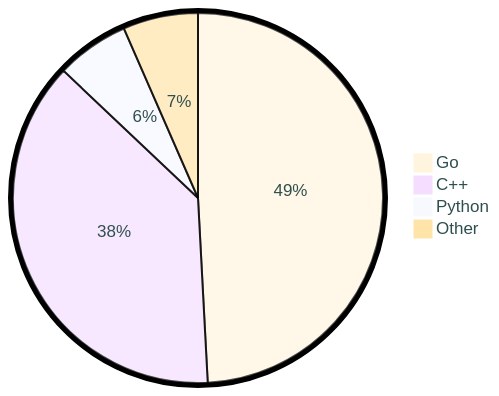
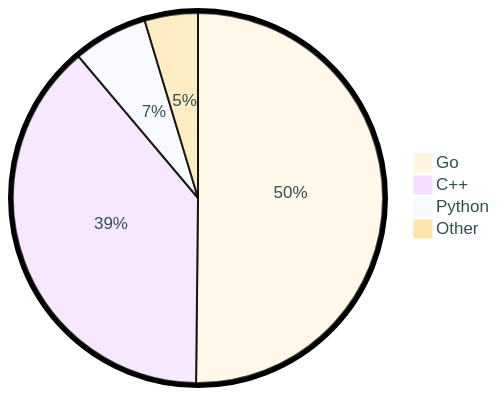
Before and after one commit to tot0p/tot0p: the diagram in README.md, drawn with Mermaid. The commit also changed other lines of this file, not shown here.

````diff
--- a/README.md
+++ b/README.md
@@ -87,8 +85,8 @@
 ```mermaid
 %%{init: {"pie": {"textPosition": 0.5}, "themeVariables": {"pieOuterStrokeWidth": "5px","primaryTextColor" : "#2F4F4F"},"theme":"base"} }%%
 pie
-	"Go": 49.17
-	"C++": 37.91
-	"Python": 6.38
-	"Other": 6.559999999999998
+	"Go": 50.18
+	"C++": 38.69
+	"Python": 6.51
+	"Other": 4.649999999999998
 ```
````
